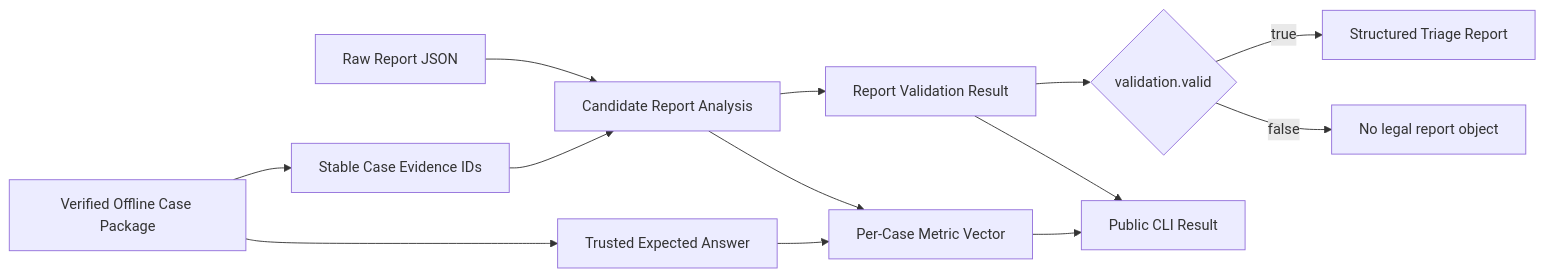
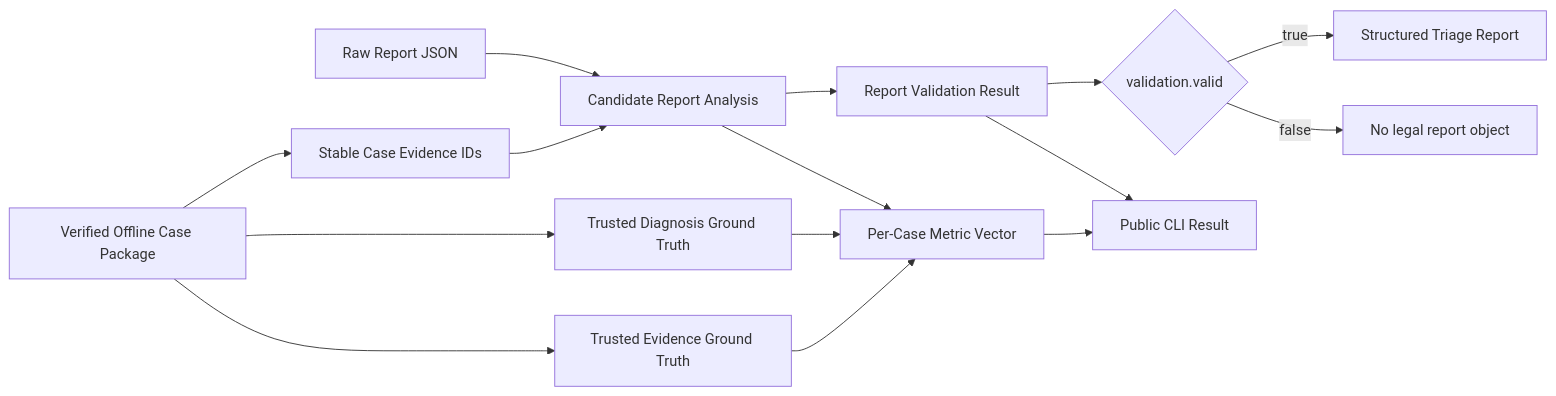
The diagram in docs/evaluation/structured-triage-report-and-per-case-scoring.md (ultrabababa/dev-agentops-platform), drawn with Mermaid before and after one commit. The commit also changed other lines of this file and 27 other files, not shown here.

Commit message:
feat: implement offline case schema v2

````diff
--- a/docs/evaluation/structured-triage-report-and-per-case-scoring.md
+++ b/docs/evaluation/structured-triage-report-and-per-case-scoring.md
@@ -20,15 +20,17 @@
 ```mermaid
 flowchart LR
-    A["Verified Offline Case Package"] --> B["Trusted Expected Answer"]
+    A["Verified Offline Case Package"] --> B["Trusted Diagnosis Ground Truth"]
+    A --> L["Trusted Evidence Ground Truth"]
     A --> C["Stable Case Evidence IDs"]
     D["Raw Report JSON"] --> E["Candidate Report Analysis"]
     C --> E
     E --> F["Report Validation Result"]
     E --> G["Per-Case Metric Vector"]
     B --> G
+    L --> G
     F --> H{"validation.valid"}
     H -->|true| I["Structured Triage Report"]
     H -->|false| J["No legal report object"]
     F --> K["Public CLI Result"]
     G --> K
 ```
````
